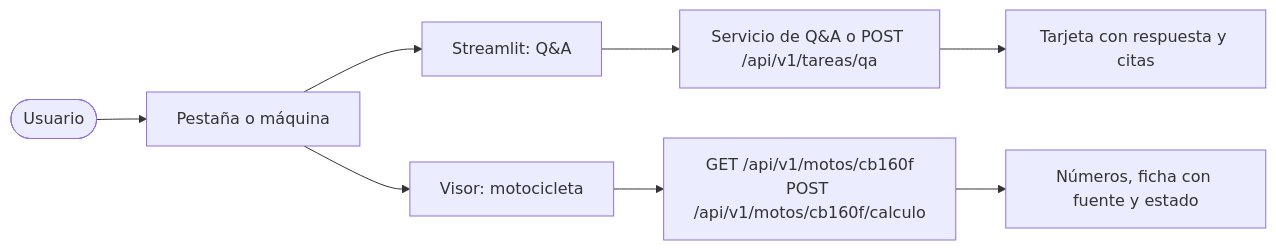
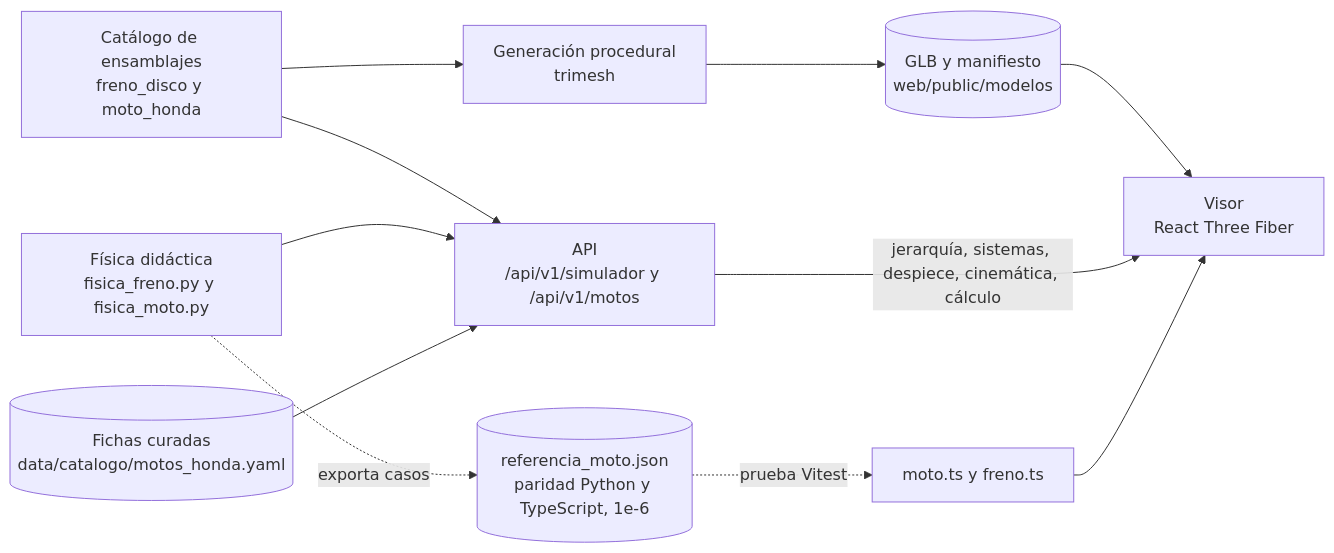
One commit to JulianReneMunoz/fabrica-nacional-autopartes changed the fourth of 4 diagrams in README.md. Above: the diagram before and after it, drawn with Mermaid. The commit also changed other lines of this file and 2 other files, not shown here.

First line of the commit message:
docs: README esquemático con metodologías basadas en evidencia, glosario y verificador de enlaces (fases 13 y 15)

````diff
--- a/README.md
+++ b/README.md
@@ -142,10 +139,20 @@
 ```mermaid
 flowchart LR
-  u(["Usuario"]) --> pest["Pestaña o máquina"]
-  pest --> q["Streamlit: Q&A"]
-  pest --> m["Visor: motocicleta"]
-  q --> aq["Servicio de Q&A o POST /api/v1/tareas/qa"]
-  m --> am["GET /api/v1/motos/cb160f<br/>POST /api/v1/motos/cb160f/calculo"]
-  aq --> r1["Tarjeta con respuesta y citas"]
-  am --> r2["Números, ficha con fuente y estado"]
+  cat["Catálogo de ensamblajes<br/>freno_disco y moto_honda"]
+  gen["Generación procedural<br/>trimesh"]
+  glb[("GLB y manifiesto<br/>web/public/modelos")]
+  fisica["Física didáctica<br/>fisica_freno.py y fisica_moto.py"]
+  fichas[("Fichas curadas<br/>data/catalogo/motos_honda.yaml")]
+  api["API<br/>/api/v1/simulador y /api/v1/motos"]
+  visor["Visor<br/>React Three Fiber"]
+  ts["moto.ts y freno.ts"]
+  ref[("referencia_moto.json<br/>paridad Python y TypeScript, 1e-6")]
+  cat --> gen --> glb --> visor
+  cat --> api
+  fisica --> api
+  fichas --> api
+  api -- "jerarquía, sistemas, despiece, cinemática, cálculo" --> visor
+  ts --> visor
+  fisica -. "exporta casos" .-> ref
+  ref -. "prueba Vitest" .-> ts
 ```
````
